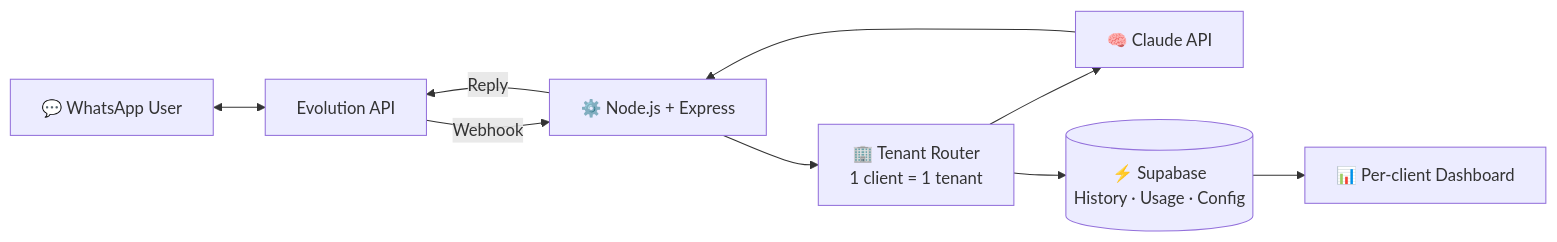
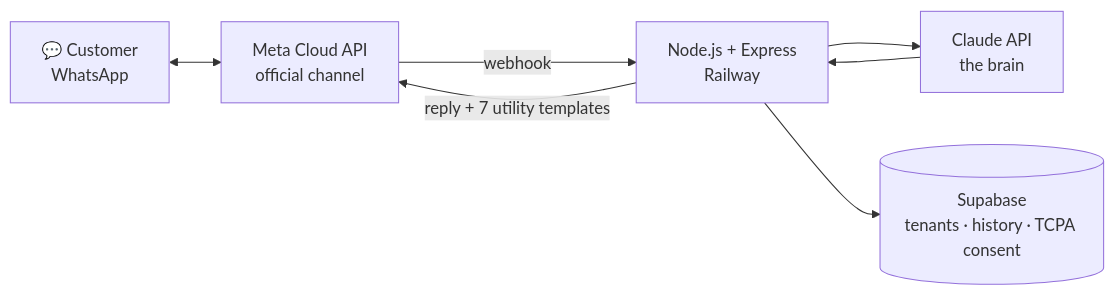
The fifth of 10 diagrams in README.md (willgouveiaa/willgouveiaa), drawn with Mermaid before and after one commit. The commit also changed other lines of this file, not shown here.

First line of the commit message:
Revise architecture diagrams and project details

````diff
--- a/README.md
+++ b/README.md
@@ -174,11 +168,9 @@
 ```mermaid
 flowchart LR
-    WA["💬 WhatsApp User"] <--> EV["Evolution API"]
-    EV -- "Webhook" --> NODE["⚙️ Node.js + Express"]
-    NODE --> TEN["🏢 Tenant Router<br/>1 client = 1 tenant"]
-    TEN --> CLA["🧠 Claude API"]
-    TEN --> SB[("⚡ Supabase<br/>History · Usage · Config")]
-    CLA --> NODE
-    NODE -- "Reply" --> EV
-    SB --> DASH["📊 Per-client Dashboard"]
+    C["💬 Customer<br/>WhatsApp"] <--> META["Meta Cloud API<br/>official channel"]
+    META -->|webhook| API["Node.js + Express<br/>Railway"]
+    API --> CL["Claude API<br/>the brain"]
+    CL --> API
+    API --> SB[("Supabase<br/>tenants · history · TCPA consent")]
+    API -->|reply + 7 utility templates| META
 ```
````
